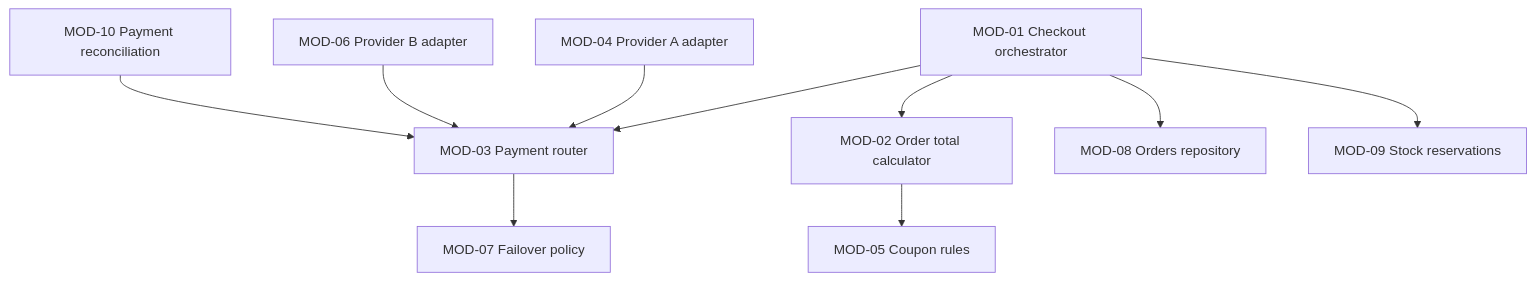
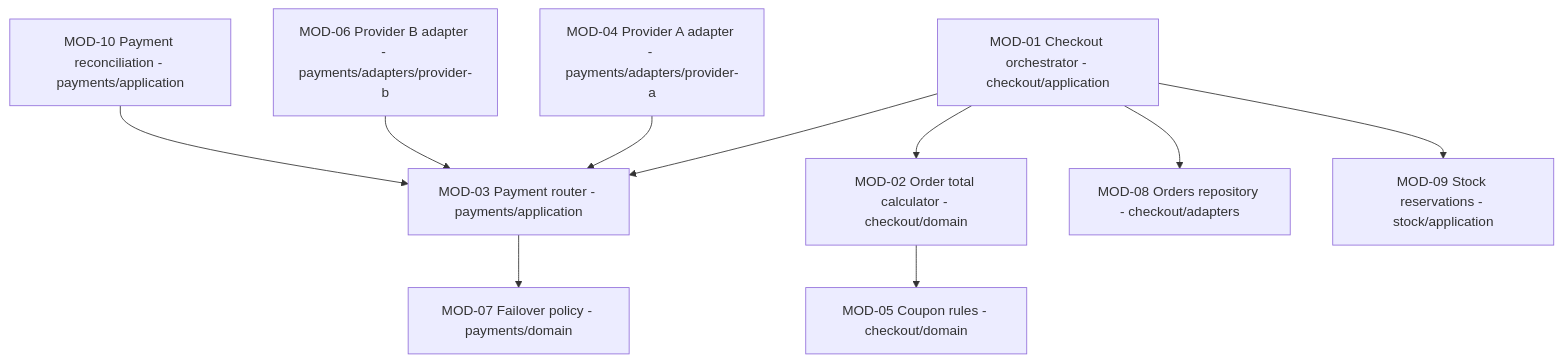
One commit to Taro000/req-to-design changed the first of 2 diagrams in skills/high-level-design-to-detailed-design/references/report-template.md. Above: the diagram before and after it, drawn with Mermaid. The commit also changed other lines of this file and 44 other files, not shown here.

````diff
--- a/skills/high-level-design-to-detailed-design/references/report-template.md
+++ b/skills/high-level-design-to-detailed-design/references/report-template.md
@@ -140,12 +140,12 @@
 ```mermaid
 flowchart TD
-  m01[MOD-01 Checkout orchestrator] --> m02[MOD-02 Order total calculator]
-  m01 --> m03[MOD-03 Payment router]
-  m01 --> m08[MOD-08 Orders repository]
-  m01 --> m09[MOD-09 Stock reservations]
-  m02 --> m05[MOD-05 Coupon rules]
-  m03 --> m07[MOD-07 Failover policy]
-  m04[MOD-04 Provider A adapter] --> m03
-  m06[MOD-06 Provider B adapter] --> m03
-  m10[MOD-10 Payment reconciliation] --> m03
+  m01[MOD-01 Checkout orchestrator - checkout/application] --> m02[MOD-02 Order total calculator - checkout/domain]
+  m01 --> m03[MOD-03 Payment router - payments/application]
+  m01 --> m08[MOD-08 Orders repository - checkout/adapters]
+  m01 --> m09[MOD-09 Stock reservations - stock/application]
+  m02 --> m05[MOD-05 Coupon rules - checkout/domain]
+  m03 --> m07[MOD-07 Failover policy - payments/domain]
+  m04[MOD-04 Provider A adapter - payments/adapters/provider-a] --> m03
+  m06[MOD-06 Provider B adapter - payments/adapters/provider-b] --> m03
+  m10[MOD-10 Payment reconciliation - payments/application] --> m03
 ```
````
